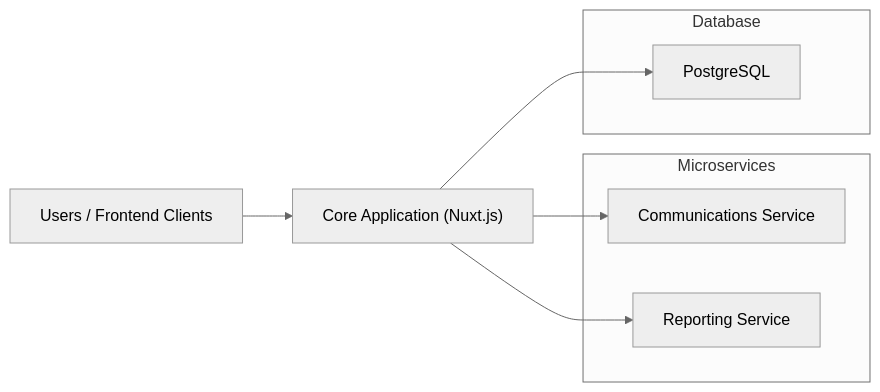
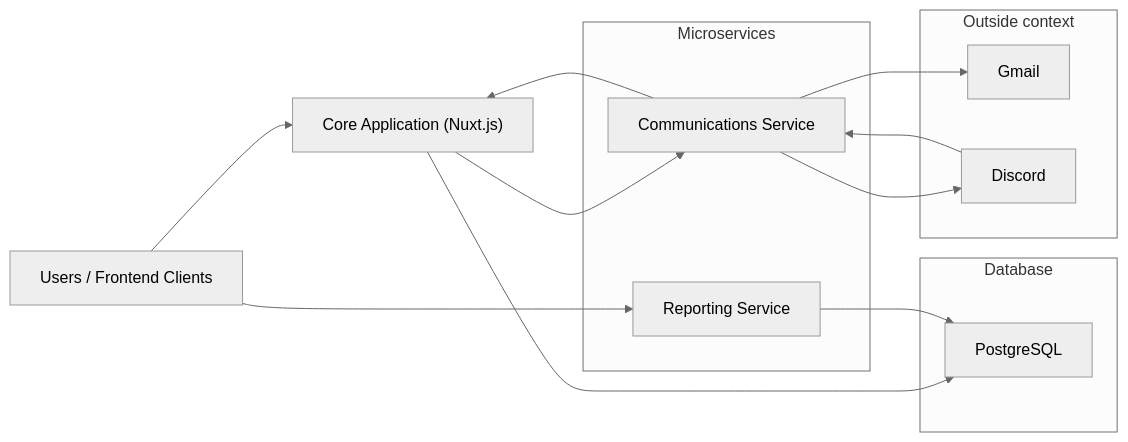
One commit to SoftwareArchitecturesHomework/core-app changed the first of 3 diagrams in docs/documentation.md. Above: the diagram before and after it, drawn with Mermaid (neutral theme). The commit also changed other lines of this file and 3 other files, not shown here.

````diff
--- a/docs/documentation.md
+++ b/docs/documentation.md
@@ -87,23 +88,34 @@
 ```mermaid
 graph LR
 
 User["Users / Frontend Clients"]
 
 
 CoreAPI["Core Application (Nuxt.js)"]
 
 
 subgraph Micro["Microservices"]
     Comms["Communications Service"]
     Reporting["Reporting Service"]
 end
 
 subgraph DB["Database"]
     Postgres["PostgreSQL"]
 end
 
+subgraph Outside["Outside context"]
+    Gmail["Gmail"]
+    Discord["Discord"]
+end
+
 User --> CoreAPI
 CoreAPI --> Comms
-CoreAPI --> Reporting
+Comms --> CoreAPI
+Comms --> Gmail
+Comms --> Discord
+Discord --> Comms
+User --> Reporting
 CoreAPI --> Postgres
+Reporting --> Postgres
+
 ```
````
